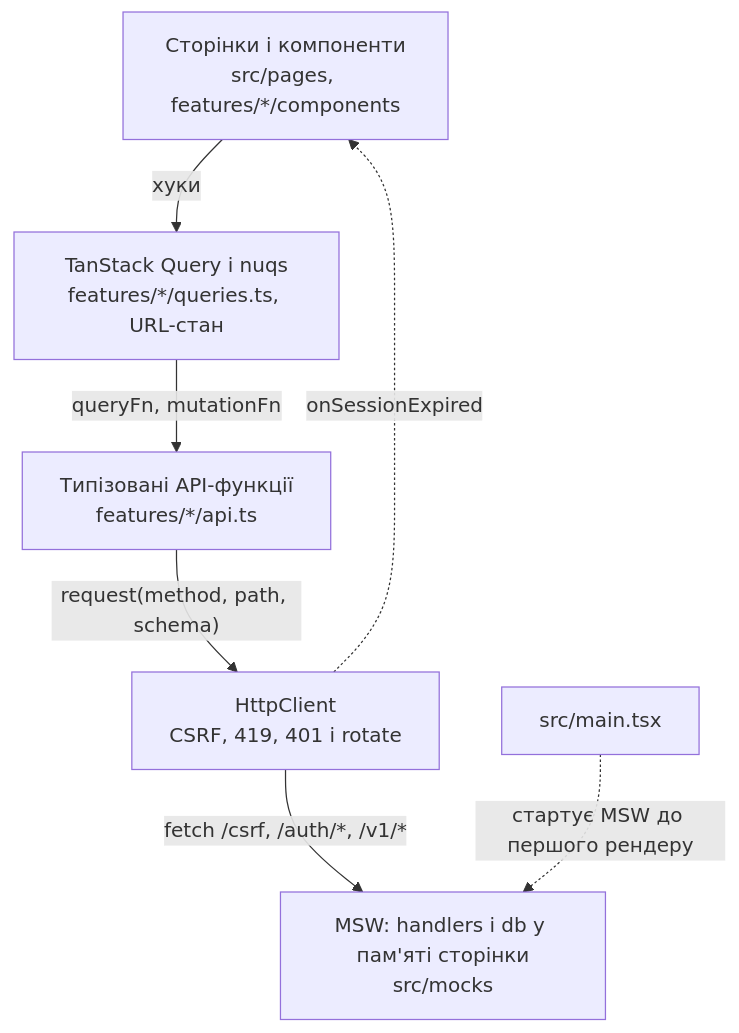
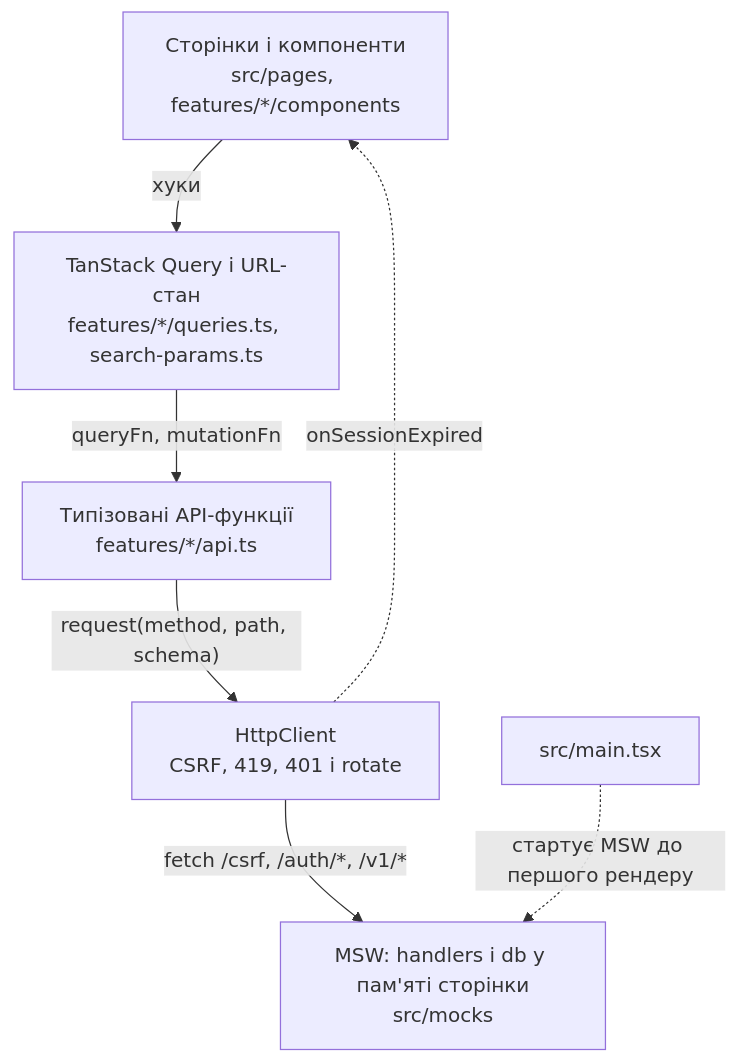
The first of 3 diagrams in README.md (bogdanteren4un/webhook-app), drawn with Mermaid before and after one commit. The commit also changed other lines of this file, not shown here.

Commit message:
docs: describe URL state on top of useSearchParams

````diff
--- a/README.md
+++ b/README.md
@@ -74,15 +74,15 @@
 ```mermaid
 flowchart TB
   Main["src/main.tsx"]
   UI["Сторінки і компоненти<br>src/pages, features/*/components"]
-  State["TanStack Query і nuqs<br>features/*/queries.ts, URL-стан"]
+  State["TanStack Query і URL-стан<br>features/*/queries.ts, search-params.ts"]
   FeatureApi["Типізовані API-функції<br>features/*/api.ts"]
   Client["HttpClient<br>CSRF, 419, 401 і rotate"]
   Mock["MSW: handlers і db у пам'яті сторінки<br>src/mocks"]
   UI -->|"хуки"| State
   State -->|"queryFn, mutationFn"| FeatureApi
   FeatureApi -->|"request(method, path, schema)"| Client
   Client -->|"fetch /csrf, /auth/*, /v1/*"| Mock
   Main -.->|"стартує MSW до першого рендеру"| Mock
   Client -.->|"onSessionExpired"| UI
 ```
````
